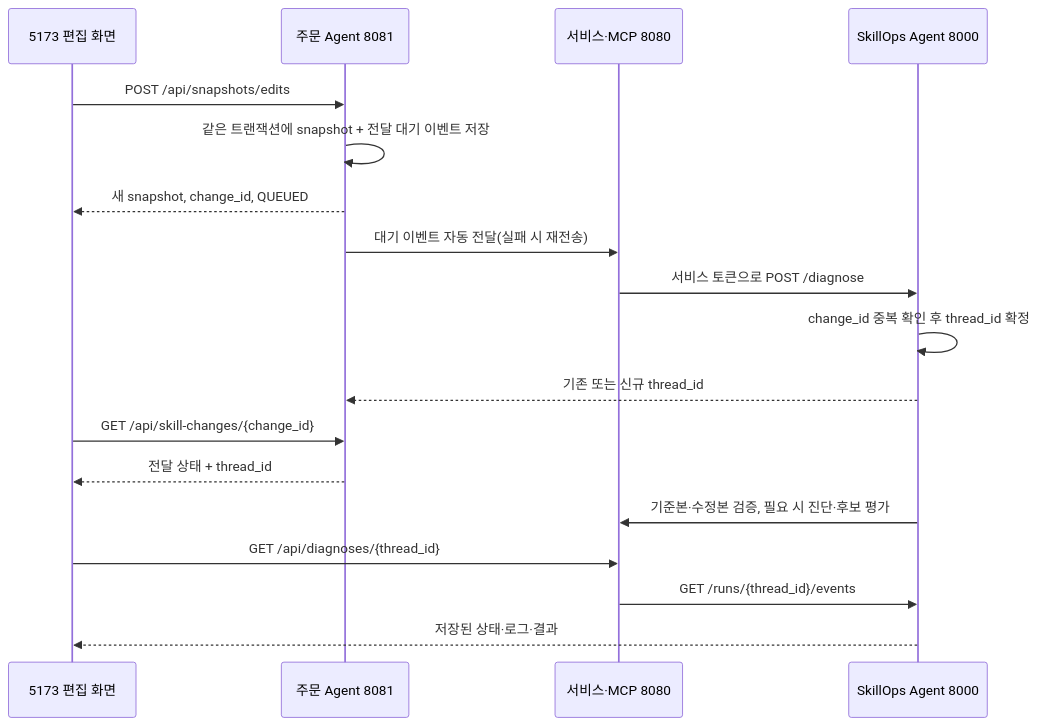
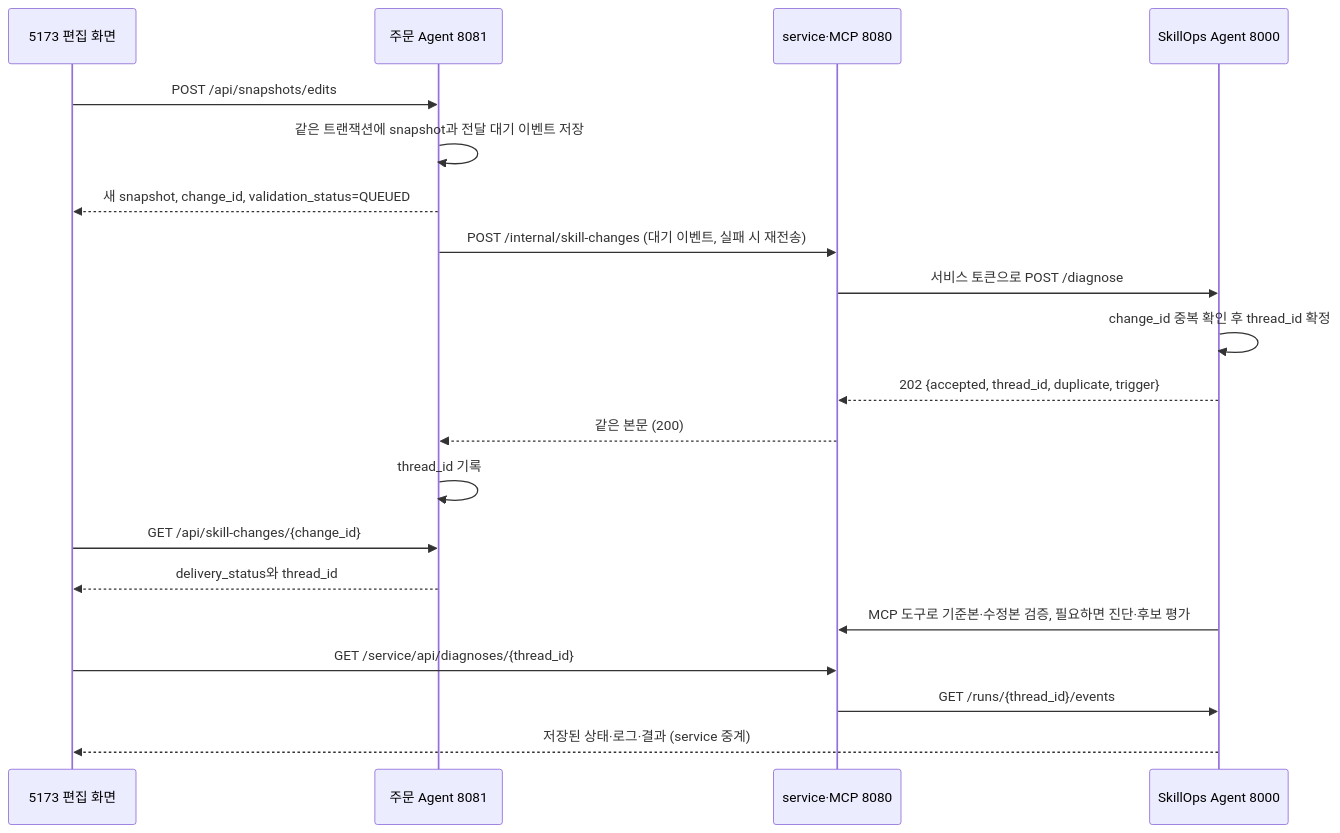
The diagram in docs/skill-save-auto-diagnosis.md (SKALA-2026-10-team4/ai-agent-capstone), drawn with Mermaid before and after one commit. The commit also changed other lines of this file and 46 other files, not shown here.

````diff
--- a/docs/skill-save-auto-diagnosis.md
+++ b/docs/skill-save-auto-diagnosis.md
@@ -29,20 +46,22 @@
 ```mermaid
 sequenceDiagram
     participant UI as 5173 편집 화면
     participant O as 주문 Agent 8081
-    participant C as 서비스·MCP 8080
+    participant C as service·MCP 8080
     participant B as SkillOps Agent 8000
     UI->>O: POST /api/snapshots/edits
-    O->>O: 같은 트랜잭션에 snapshot + 전달 대기 이벤트 저장
-    O-->>UI: 새 snapshot, change_id, QUEUED
-    O->>C: 대기 이벤트 자동 전달(실패 시 재전송)
+    O->>O: 같은 트랜잭션에 snapshot과 전달 대기 이벤트 저장
+    O-->>UI: 새 snapshot, change_id, validation_status=QUEUED
+    O->>C: POST /internal/skill-changes (대기 이벤트, 실패 시 재전송)
     C->>B: 서비스 토큰으로 POST /diagnose
     B->>B: change_id 중복 확인 후 thread_id 확정
-    B-->>O: 기존 또는 신규 thread_id
+    B-->>C: 202 {accepted, thread_id, duplicate, trigger}
+    C-->>O: 같은 본문 (200)
+    O->>O: thread_id 기록
     UI->>O: GET /api/skill-changes/{change_id}
-    O-->>UI: 전달 상태 + thread_id
-    B->>C: 기준본·수정본 검증, 필요 시 진단·후보 평가
-    UI->>C: GET /api/diagnoses/{thread_id}
+    O-->>UI: delivery_status와 thread_id
+    B->>C: MCP 도구로 기준본·수정본 검증, 필요하면 진단·후보 평가
+    UI->>C: GET /service/api/diagnoses/{thread_id}
     C->>B: GET /runs/{thread_id}/events
-    B-->>UI: 저장된 상태·로그·결과
+    B-->>UI: 저장된 상태·로그·결과 (service 중계)
 ```
````
